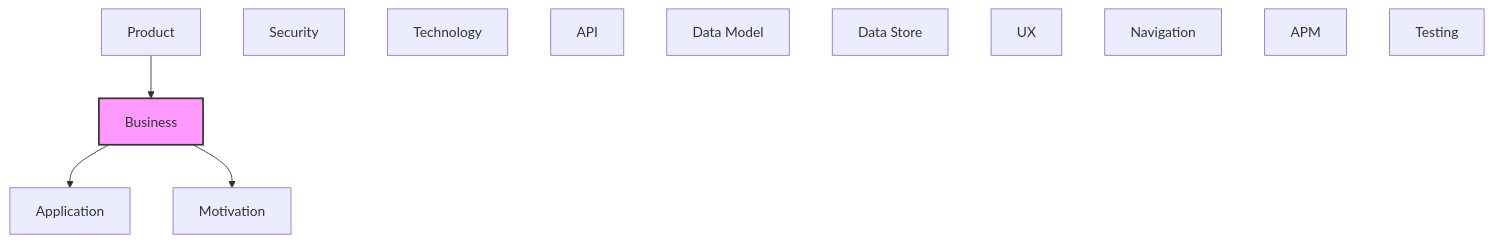
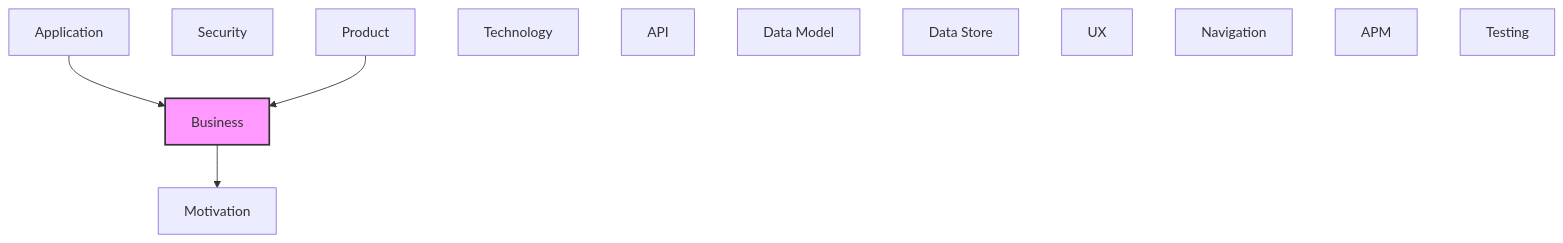
One commit to tinkermonkey/heimdall changed the second of 2 diagrams in documentation-robotics/reports/02-business-layer-report.md. Above: the diagram before and after it, drawn with Mermaid. The commit also changed other lines of this file and 41 other files, not shown here.

````diff
--- a/documentation-robotics/reports/02-business-layer-report.md
+++ b/documentation-robotics/reports/02-business-layer-report.md
@@ -55,21 +59,21 @@
 ```mermaid
 flowchart TB
   classDef current fill:#f9f,stroke:#333,stroke-width:2px
   motivation["Motivation"]
   business["Business"]
   product["Product"]
   security["Security"]
   application["Application"]
   technology["Technology"]
   api["API"]
   data_model["Data Model"]
   data_store["Data Store"]
   ux["UX"]
   navigation["Navigation"]
   apm["APM"]
   testing["Testing"]
-  business --> application
+  application --> business
   business --> motivation
   product --> business
   class business current
 ```
````
